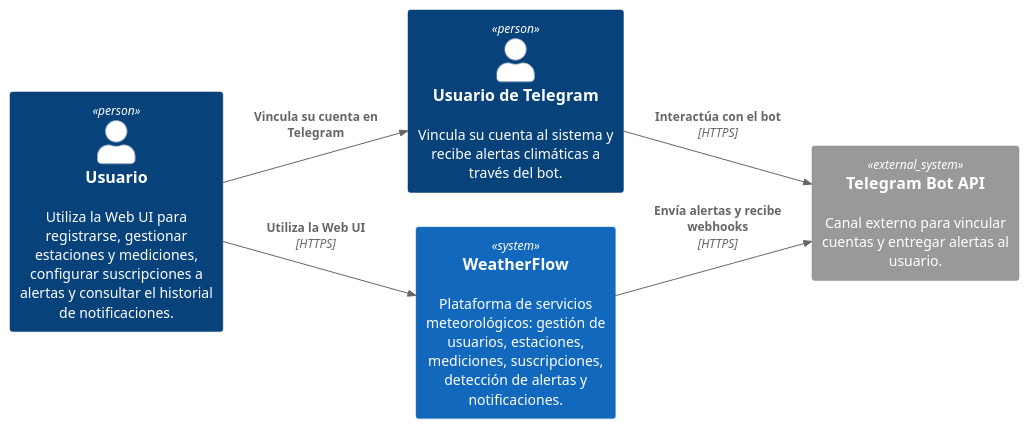
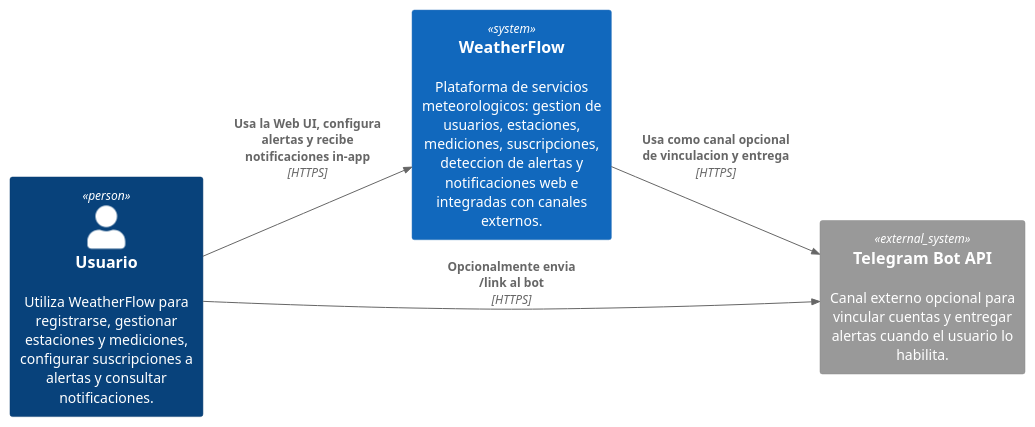
One commit to LattanzioB/WheaterFlow changed the diagram in docs/architecture/c4/c4_level_1_context.plantuml. Above: the diagram before and after it, drawn with PlantUML. The commit also changed 8 other files, not shown here.

```diff
--- a/docs/architecture/c4/c4_level_1_context.plantuml
+++ b/docs/architecture/c4/c4_level_1_context.plantuml
@@ -1,18 +1,16 @@
 @startuml c4_level_1_context
 !include https://raw.githubusercontent.com/plantuml-stdlib/C4-PlantUML/master/C4_Context.puml
 
 LAYOUT_LEFT_RIGHT()
 
-Person(usuario, "Usuario", "Utiliza la Web UI para registrarse, gestionar estaciones y mediciones, configurar suscripciones a alertas y consultar el historial de notificaciones.")
-Person(usuarioTelegram, "Usuario de Telegram", "Vincula su cuenta al sistema y recibe alertas climáticas a través del bot.")
+Person(usuario, "Usuario", "Utiliza WeatherFlow para registrarse, gestionar estaciones y mediciones, configurar suscripciones a alertas y consultar notificaciones.")
 
-System(weatherflow, "WeatherFlow", "Plataforma de servicios meteorológicos: gestión de usuarios, estaciones, mediciones, suscripciones, detección de alertas y notificaciones.")
+System(weatherflow, "WeatherFlow", "Plataforma de servicios meteorologicos: gestion de usuarios, estaciones, mediciones, suscripciones, deteccion de alertas y notificaciones web e integradas con canales externos.")
 
-System_Ext(telegram, "Telegram Bot API", "Canal externo para vincular cuentas y entregar alertas al usuario.")
+System_Ext(telegram, "Telegram Bot API", "Canal externo opcional para vincular cuentas y entregar alertas cuando el usuario lo habilita.")
 
-Rel(usuario, usuarioTelegram, "Vincula su cuenta en Telegram", "")
-Rel(usuario, weatherflow, "Utiliza la Web UI", "HTTPS")
-Rel(weatherflow, telegram, "Envía alertas y recibe webhooks", "HTTPS")
-Rel(usuarioTelegram, telegram, "Interactúa con el bot", "HTTPS")
+Rel(usuario, weatherflow, "Usa la Web UI, configura alertas y recibe notificaciones in-app", "HTTPS")
+Rel(weatherflow, telegram, "Usa como canal opcional de vinculacion y entrega", "HTTPS")
+Rel(usuario, telegram, "Opcionalmente envia /link al bot", "HTTPS")
 
 @enduml
```
